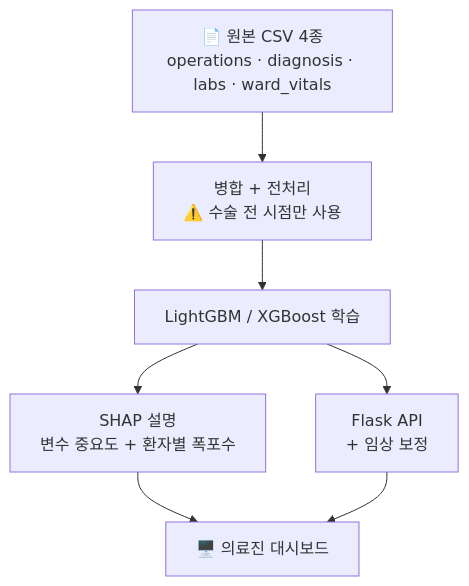
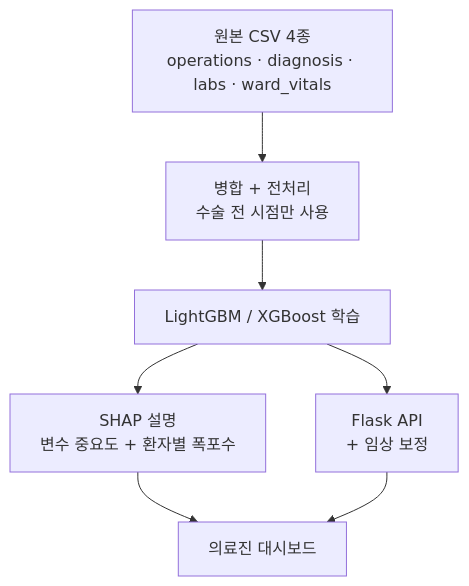
One commit to kakabab12/My_portfolio changed the diagram in 2026/04. 메디컬 머신러닝 대회/README.md. Above: the diagram before and after it, drawn with Mermaid. The commit also changed other lines of this file and 13 other files, not shown here.

````diff
--- a/2026/04. 메디컬 머신러닝 대회/README.md
+++ b/2026/04. 메디컬 머신러닝 대회/README.md
@@ -25,10 +25,10 @@
 ```mermaid
 flowchart TD
-    D["📄 원본 CSV 4종<br/>operations · diagnosis · labs · ward_vitals"]
-    D --> P["병합 + 전처리<br/>⚠️ 수술 전 시점만 사용"]
+    D["원본 CSV 4종<br/>operations · diagnosis · labs · ward_vitals"]
+    D --> P["병합 + 전처리<br/>수술 전 시점만 사용"]
     P --> M["LightGBM / XGBoost 학습"]
     M --> S["SHAP 설명<br/>변수 중요도 + 환자별 폭포수"]
     M --> F["Flask API<br/>+ 임상 보정"]
-    S --> U["🖥️ 의료진 대시보드"]
+    S --> U["의료진 대시보드"]
     F --> U
 ```
````
